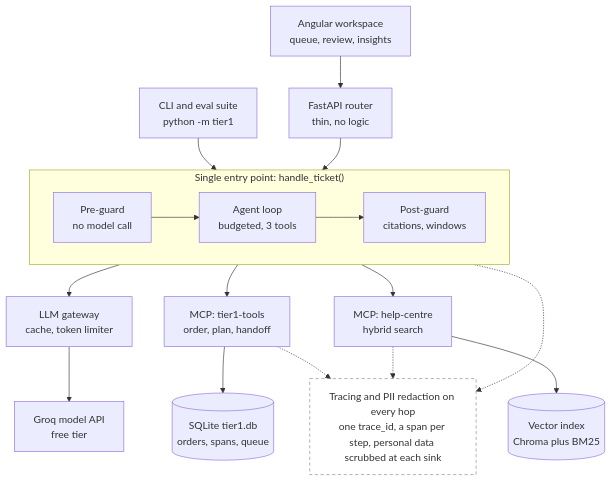
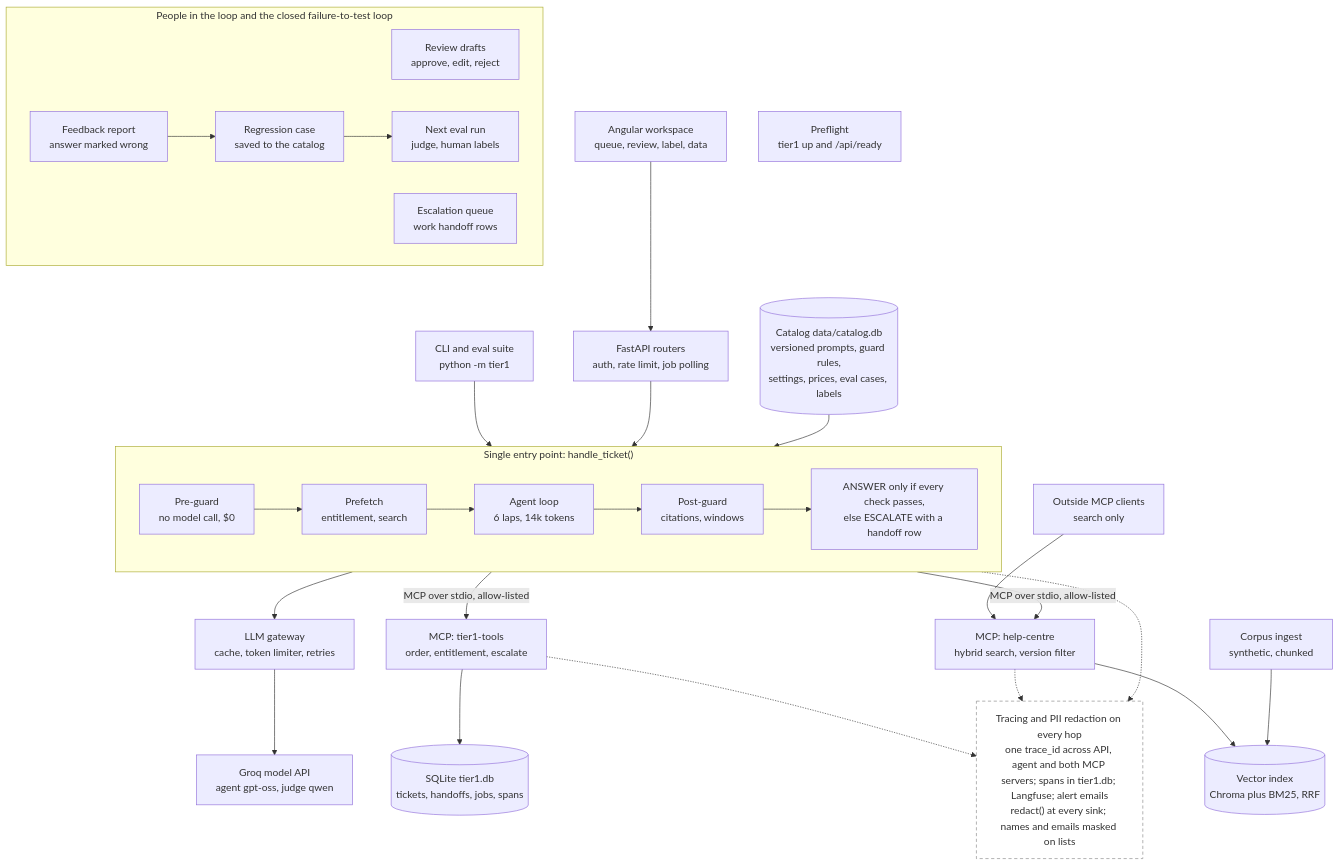
The diagram in docs/archive/deliverables/week12/diagrams/architecture.mmd (essvaran/Billing-Query-Assistant), drawn with Mermaid before and after one commit. The commit also changed 141 other files, not shown here.

```diff
--- a/docs/archive/deliverables/week12/diagrams/architecture.mmd
+++ b/docs/archive/deliverables/week12/diagrams/architecture.mmd
@@ -1,24 +1,37 @@
 flowchart TD
-  UI["Angular workspace<br/>queue, review, insights"] --> API["FastAPI router<br/>thin, no logic"]
+  UI["Angular workspace<br/>queue, review, label, data"] --> API["FastAPI routers<br/>auth, rate limit, job polling"]
   CLI["CLI and eval suite<br/>python -m tier1"] --> SVC
   API --> SVC
+  PRE_FLIGHT["Preflight<br/>tier1 up and /api/ready"]
 
   subgraph SVC["Single entry point: handle_ticket()"]
     direction LR
-    PRE["Pre-guard<br/>no model call"] --> AGENT["Agent loop<br/>budgeted, 3 tools"] --> POST["Post-guard<br/>citations, windows"]
+    PRE["Pre-guard<br/>no model call, $0"] --> FETCH["Prefetch<br/>entitlement, search"] --> AGENT["Agent loop<br/>6 laps, 14k tokens"] --> POST["Post-guard<br/>citations, windows"]
+    POST --> OUT["ANSWER only if every check passes,<br/>else ESCALATE with a handoff row"]
   end
 
-  AGENT --> GW["LLM gateway<br/>cache, token limiter"]
-  AGENT --> TOOLS["MCP: tier1-tools<br/>order, plan, handoff"]
-  AGENT --> HELP["MCP: help-centre<br/>hybrid search"]
+  CAT[("Catalog data/catalog.db<br/>versioned prompts, guard rules,<br/>settings, prices, eval cases, labels")] --> SVC
 
-  GW --> GROQ["Groq model API<br/>free tier"]
-  TOOLS --> DB[("SQLite tier1.db<br/>orders, spans, queue")]
-  HELP --> IDX[("Vector index<br/>Chroma plus BM25")]
+  AGENT --> GW["LLM gateway<br/>cache, token limiter, retries"]
+  AGENT -- "MCP over stdio, allow-listed" --> TOOLS["MCP: tier1-tools<br/>order, entitlement, escalate"]
+  AGENT -- "MCP over stdio, allow-listed" --> HELP["MCP: help-centre<br/>hybrid search, version filter"]
+  EXT["Outside MCP clients<br/>search only"] --> HELP
 
-  TRACE["Tracing and PII redaction on every hop<br/>one trace_id, a span per step, personal data scrubbed at each sink"]:::cross
+  GW --> GROQ["Groq model API<br/>agent gpt-oss, judge qwen"]
+  TOOLS --> DB[("SQLite tier1.db<br/>tickets, handoffs, jobs, spans")]
+  HELP --> IDX[("Vector index<br/>Chroma plus BM25, RRF")]
+  ING["Corpus ingest<br/>synthetic, chunked"] --> IDX
+
+  subgraph LOOP["People in the loop and the closed failure-to-test loop"]
+    direction LR
+    REV["Review drafts<br/>approve, edit, reject"]
+    ESC["Escalation queue<br/>work handoff rows"]
+    FB["Feedback report<br/>answer marked wrong"] --> CASE["Regression case<br/>saved to the catalog"] --> EVAL["Next eval run<br/>judge, human labels"]
+  end
+
+  TRACE["Tracing and PII redaction on every hop<br/>one trace_id across API, agent and both MCP servers; spans in tier1.db; Langfuse; alert emails<br/>redact() at every sink; names and emails masked on lists"]:::cross
   SVC -.-> TRACE
   TOOLS -.-> TRACE
   HELP -.-> TRACE
 
   classDef cross fill:none,stroke:#888,stroke-dasharray:5 4
```
